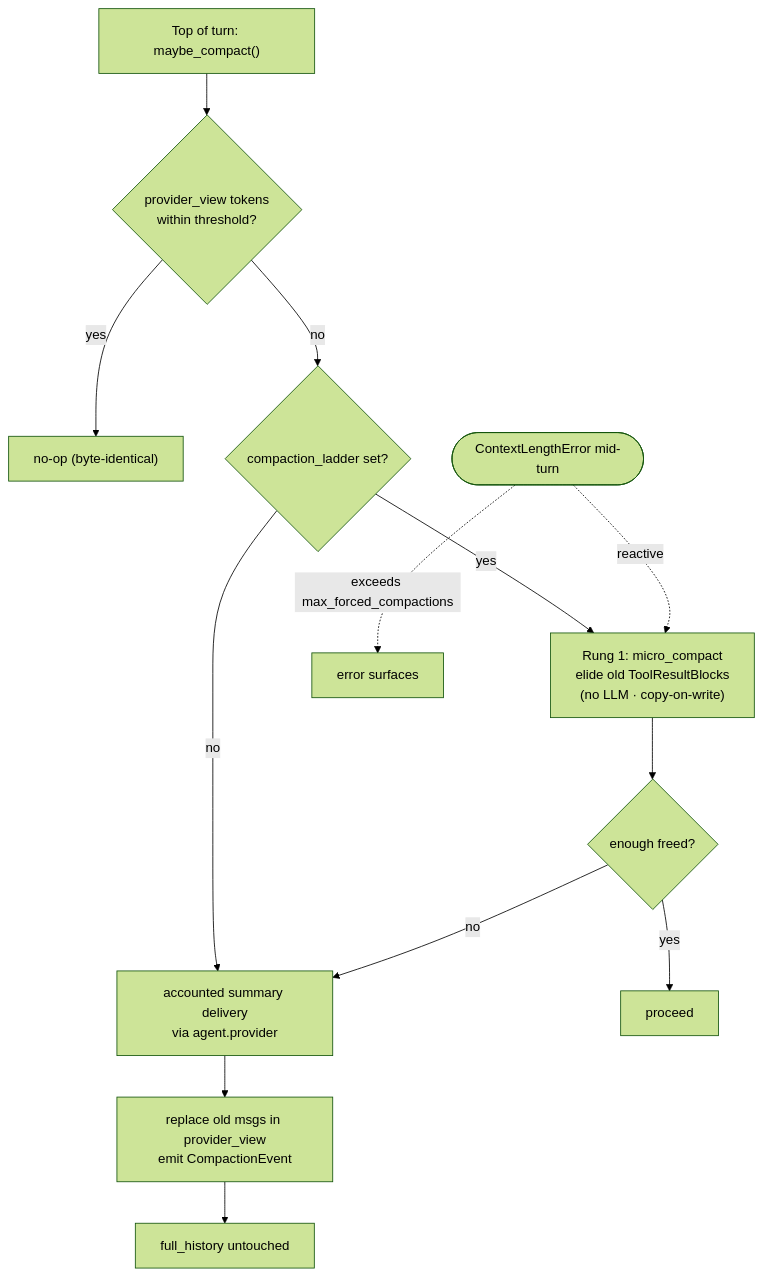
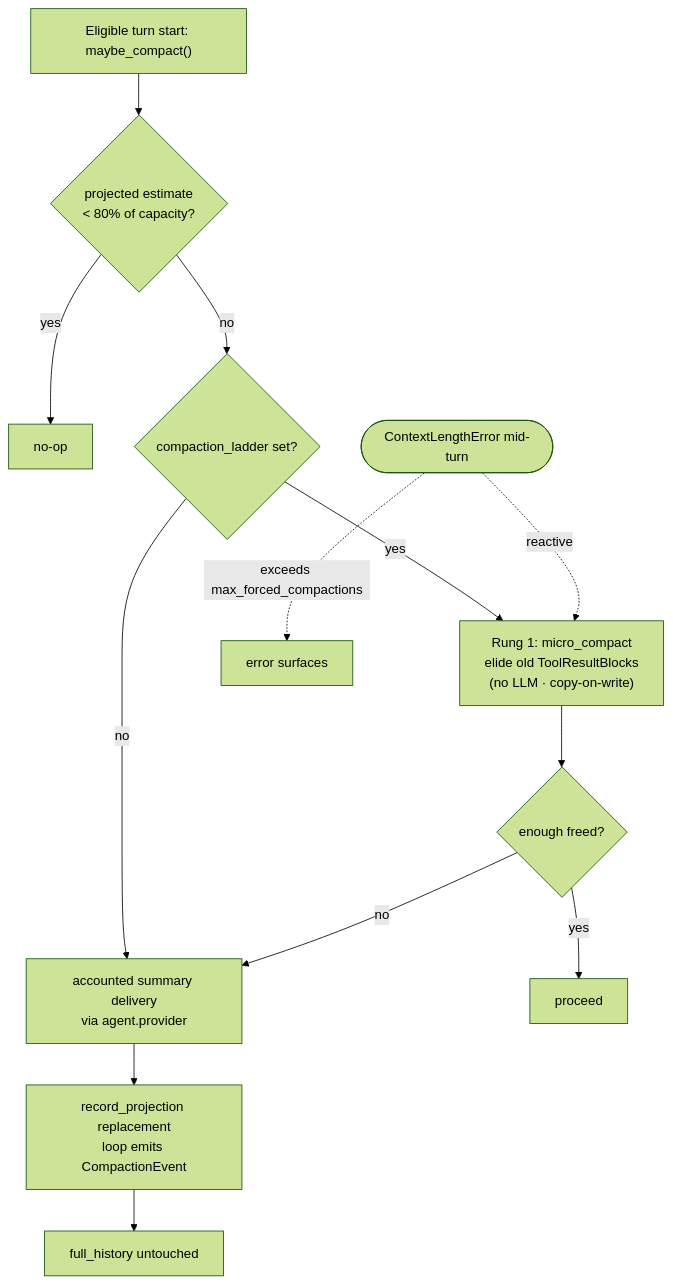
The diagram in docs/architecture/compaction.md (DuyTa506/linch), drawn with Mermaid (forest theme) before and after one commit. The commit also changed other lines of this file and 45 other files, not shown here.

````diff
--- a/docs/architecture/compaction.md
+++ b/docs/architecture/compaction.md
@@ -51,15 +53,15 @@
 ```mermaid
 flowchart TD
-    A["Top of turn: maybe_compact()"] --> B{provider_view tokens<br/>within threshold?}
-    B -- yes --> Z["no-op (byte-identical)"]
+    A["Eligible turn start: maybe_compact()"] --> B{projected estimate<br/>< 80% of capacity?}
+    B -- yes --> Z["no-op"]
     B -- no --> C{compaction_ladder set?}
     C -- no --> S["accounted summary delivery<br/>via agent.provider"]
     C -- yes --> M["Rung 1: micro_compact<br/>elide old ToolResultBlocks<br/>(no LLM · copy-on-write)"]
     M --> D{enough freed?}
     D -- yes --> Z2["proceed"]
     D -- no --> S
-    S --> E["replace old msgs in provider_view<br/>emit CompactionEvent"]
+    S --> E["record_projection replacement<br/>loop emits CompactionEvent"]
     E --> F["full_history untouched"]
     R(["ContextLengthError mid-turn"]) -. reactive .-> M
     R -. exceeds max_forced_compactions .-> X["error surfaces"]
 ```
````
